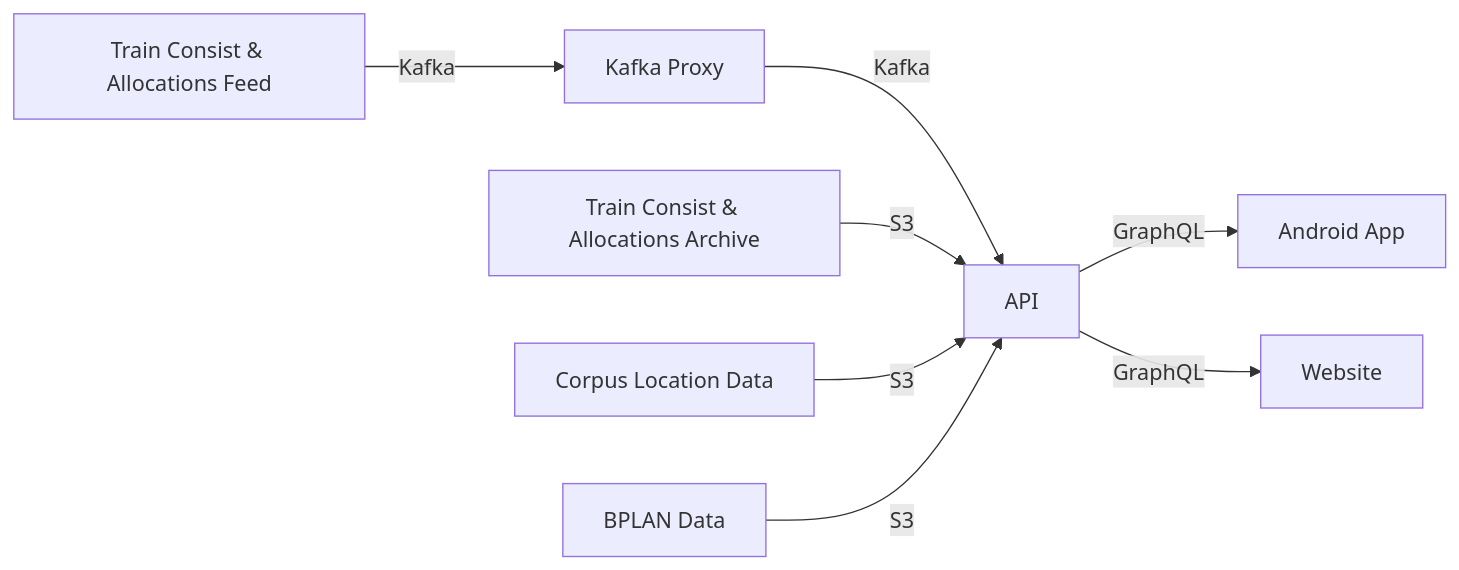
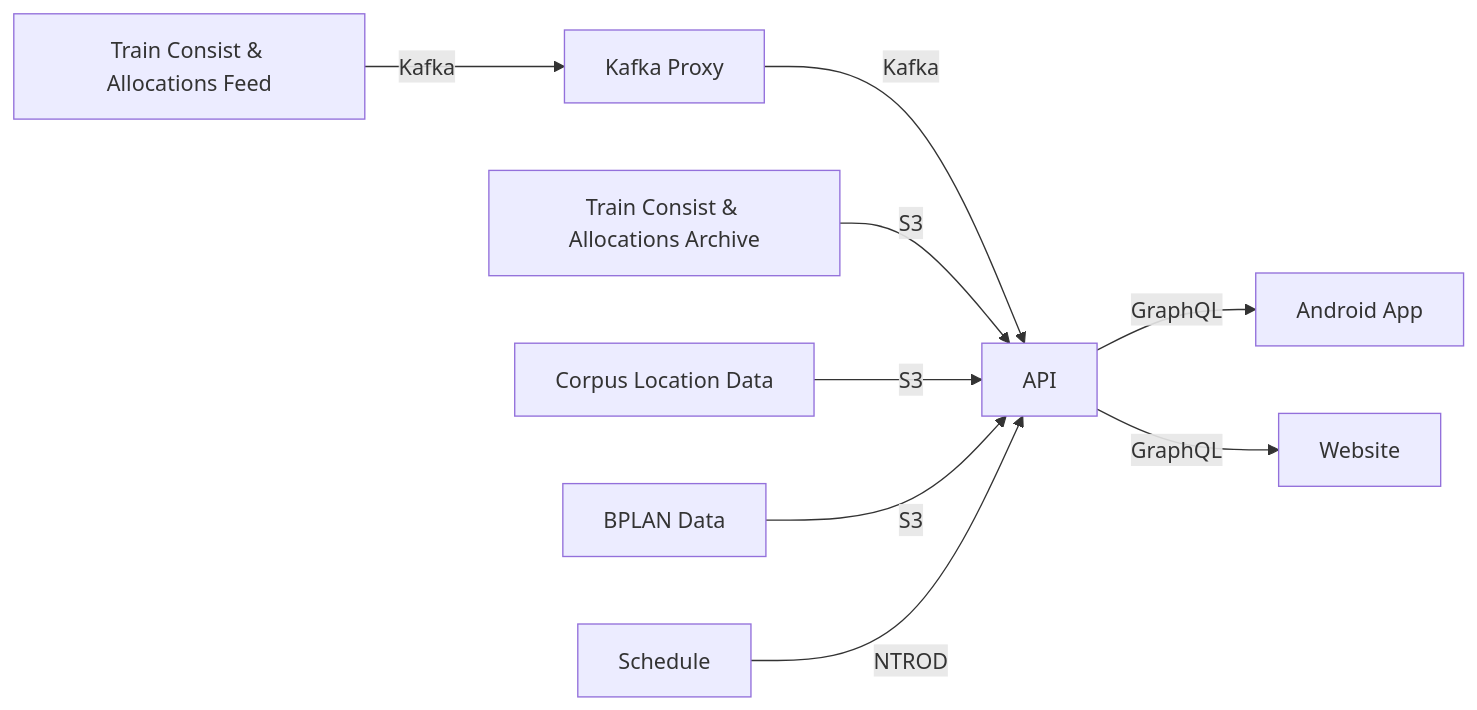
The diagram in README.md (devramsean0/TrainAllocationViewer), drawn with Mermaid before and after one commit. The commit also changed 11 other files, not shown here.

````diff
--- a/README.md
+++ b/README.md
@@ -3,12 +3,14 @@
 ```mermaid
 flowchart LR
     TrainConsist[Train Consist & Allocations Feed] -->|Kafka| KafkaProxy1
     KafkaProxy1[Kafka Proxy] -->|Kafka| API
     TrainConsistArchive[Train Consist & Allocations Archive] -->|S3| API
     CORPUSData[Corpus Location Data] -->|S3| API
     BPLANData[BPLAN Data] -->|S3| API
 
+	NWRSchedule[Schedule] -->|NTROD| API
+
     API -->|GraphQL|AndroidApp[Android App]
     API -->|GraphQL|Web[Website]
     
 ```
````
